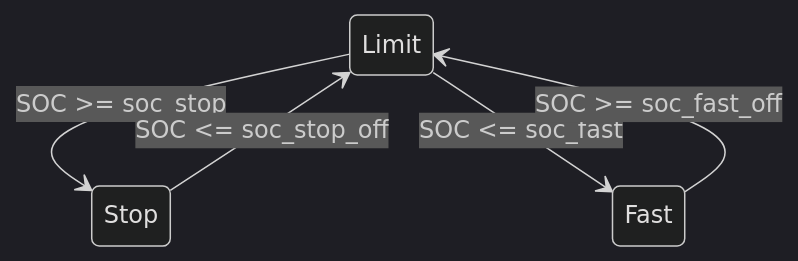
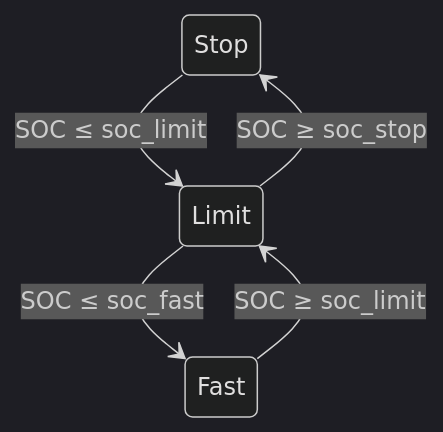
One commit to PillarsZhang/qcom-batt-guard changed the first of 2 diagrams in README.md. Above: the diagram before and after it, drawn with Mermaid (dark theme). The commit also changed other lines of this file and 1 other file, not shown here.

Commit message:
Update README and main.rs to introduce soc_limit parameter and adjust state transitions

````diff
--- a/README.md
+++ b/README.md
@@ -45,8 +41,7 @@
 ```mermaid
 stateDiagram-v2
-    Limit --> Stop: SOC >= soc_stop
-    Stop --> Limit: SOC <= soc_stop_off
-
-    Limit --> Fast: SOC <= soc_fast
-    Fast --> Limit: SOC >= soc_fast_off
+    Stop --> Limit: SOC ≤ soc_limit
+    Limit --> Fast: SOC ≤ soc_fast
+    Fast --> Limit: SOC ≥ soc_limit
+    Limit --> Stop: SOC ≥ soc_stop    
 ```
````
